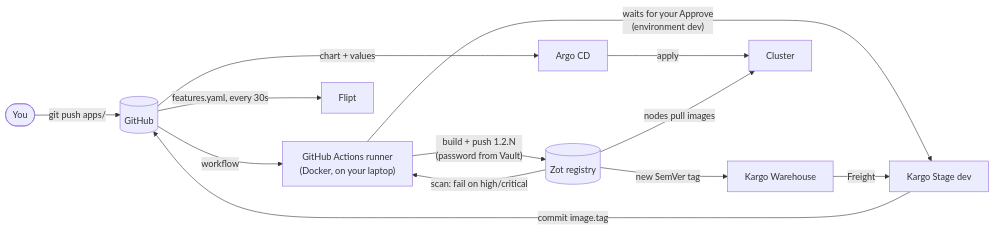
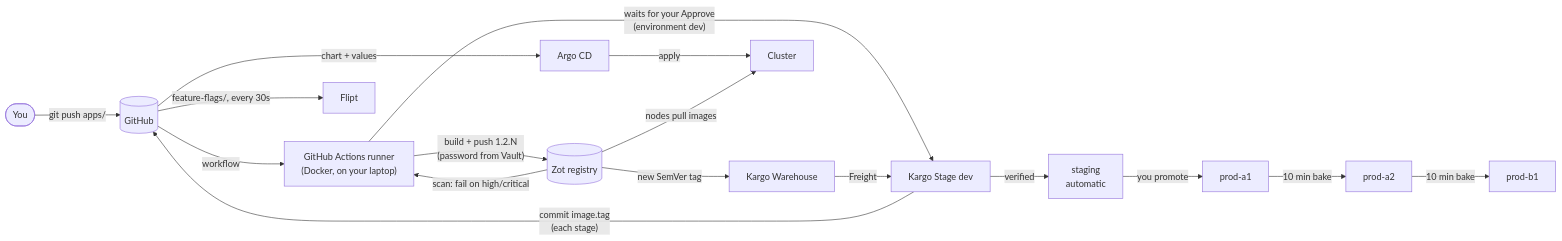
One commit to mandar33/local-eks-platform changed the second of 3 diagrams in README.md. Above: the diagram before and after it, drawn with Mermaid. The commit also changed other lines of this file, not shown here.

Commit message:
README: dev -> staging -> prod, bigtech/small profiles, cells and waves, per-env databases and flags, projects; Crossplane removed

````diff
--- a/README.md
+++ b/README.md
@@ -76,14 +94,17 @@
 ```mermaid
 flowchart LR
     dev([You]) -->|"git push apps/"| gh[(GitHub)]
     gh -->|workflow| runner["GitHub Actions runner<br/>(Docker, on your laptop)"]
     runner -->|"build + push 1.2.N<br/>(password from Vault)"| zot[(Zot registry)]
     zot -->|"scan: fail on high/critical"| runner
     runner -->|"waits for your Approve<br/>(environment dev)"| stage[Kargo Stage dev]
     zot -->|new SemVer tag| wh[Kargo Warehouse] -->|Freight| stage
-    stage -->|"commit image.tag"| gh
+    stage -->|verified| stg[staging<br/>automatic]
+    stg -->|"you promote"| a1[prod-a1]
+    a1 -->|"10 min bake"| a2[prod-a2] -->|"10 min bake"| b1[prod-b1]
+    stage -->|"commit image.tag<br/>(each stage)"| gh
     gh -->|chart + values| argo[Argo CD]
     argo -->|apply| k8s[Cluster]
     zot -->|"nodes pull images"| k8s
-    gh -->|"features.yaml, every 30s"| flipt[Flipt]
+    gh -->|"feature-flags/, every 30s"| flipt[Flipt]
 ```
````
